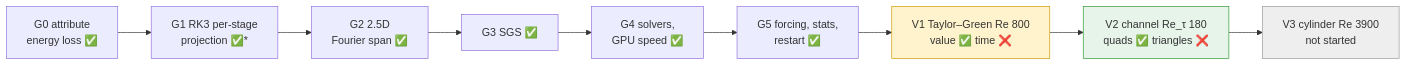
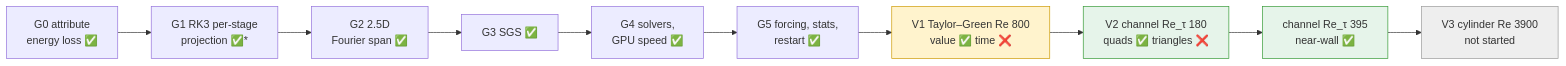
The second of 2 diagrams in reference/unstructured_les_status.md (chandc/PICT-Python), drawn with Mermaid before and after one commit. The commit also changed other lines of this file and 10 other files, not shown here.

````diff
--- a/reference/unstructured_les_status.md
+++ b/reference/unstructured_les_status.md
@@ -38,8 +38,9 @@
 ```mermaid
 flowchart LR
   G0["G0 attribute<br/>energy loss ✅"] --> G1["G1 RK3 per-stage<br/>projection ✅*"] --> G2["G2 2.5D<br/>Fourier span ✅"] --> G3["G3 SGS ✅"] --> G4["G4 solvers,<br/>GPU speed ✅"] --> G5["G5 forcing, stats,<br/>restart ✅"]
-  G5 --> V1["V1 Taylor–Green Re 800<br/>value ✅ time ❌"] --> V2["V2 channel Re_τ 180<br/>quads ✅ triangles ❌"] --> V3["V3 cylinder Re 3900<br/>not started"]
+  G5 --> V1["V1 Taylor–Green Re 800<br/>value ✅ time ❌"] --> V2["V2 channel Re_τ 180<br/>quads ✅ triangles ❌"] --> R395["channel Re_τ 395<br/>near-wall ✅"] --> V3["V3 cylinder Re 3900<br/>not started"]
   style V1 fill:#fff3cd,stroke:#c90
   style V2 fill:#e6f4ea,stroke:#393
+  style R395 fill:#e6f4ea,stroke:#393
   style V3 fill:#eee,stroke:#999
 ```
````
